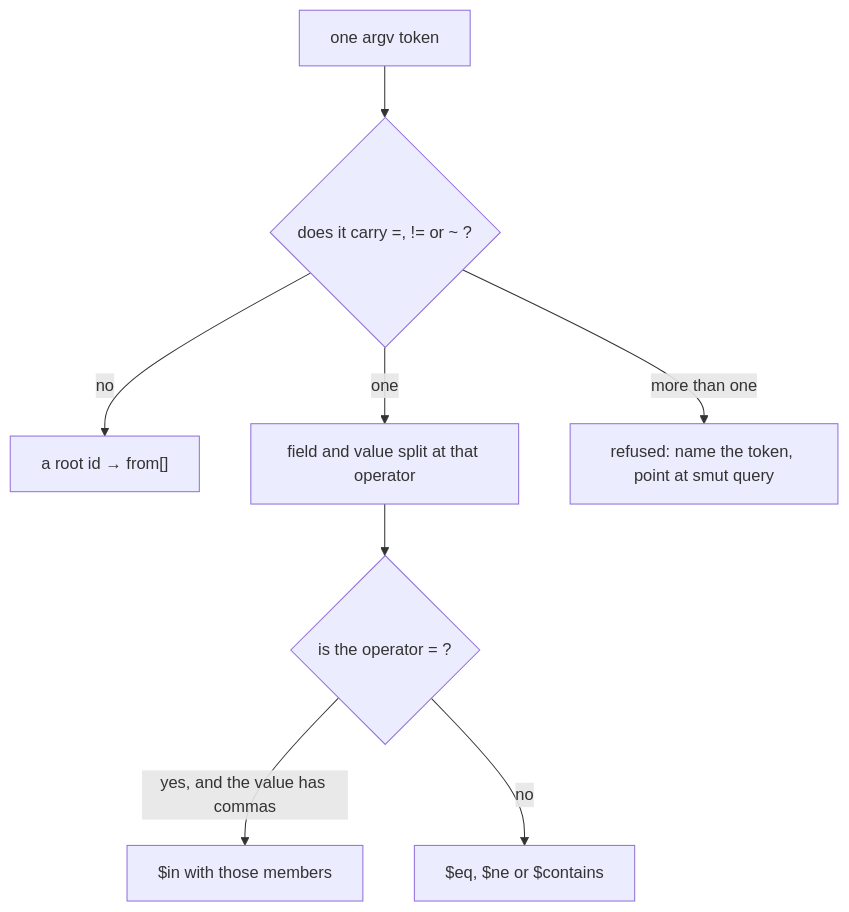
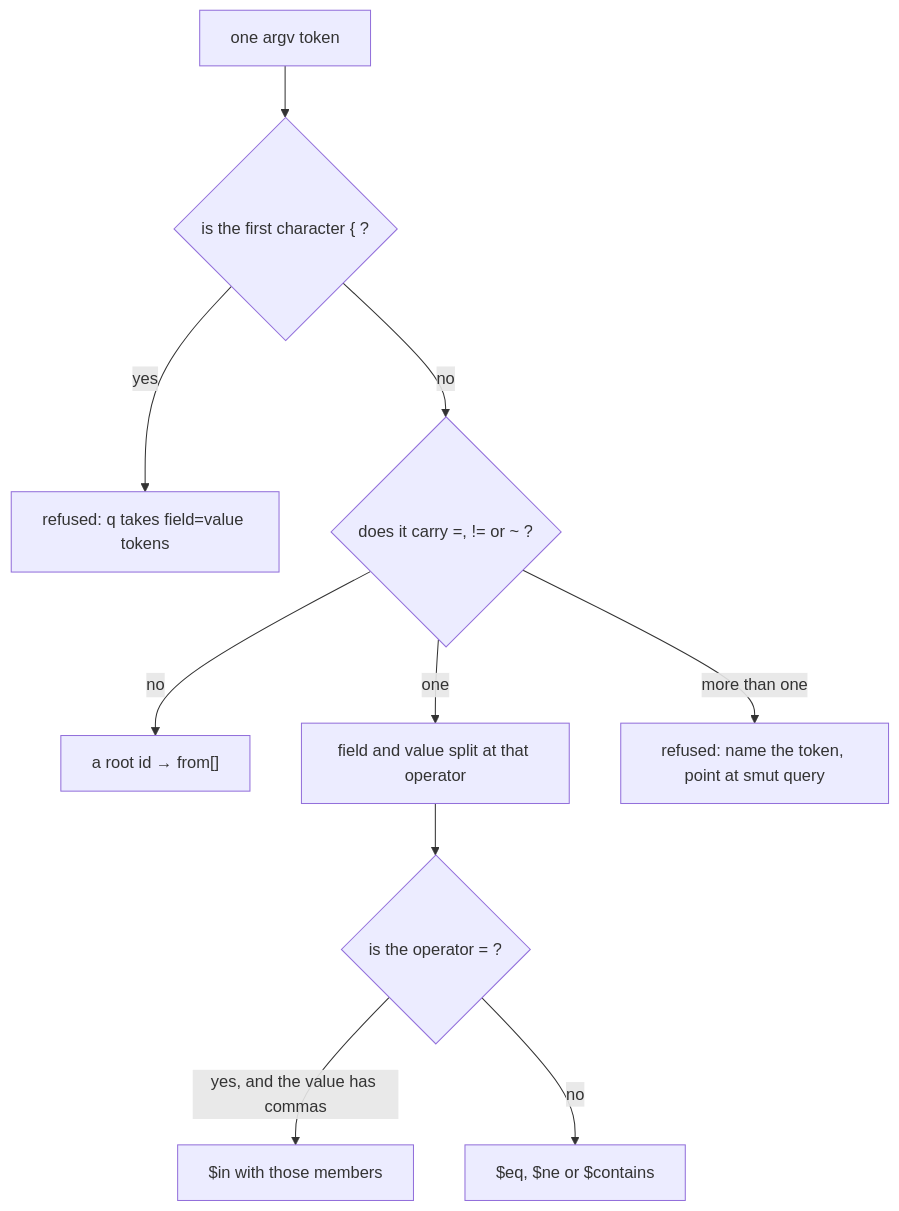
Before and after one commit to davidlee/smut: the first of 2 diagrams in .doctrine/slice/010/design.md, drawn with Mermaid. The commit also changed other lines of this file, not shown here.

````diff
--- a/.doctrine/slice/010/design.md
+++ b/.doctrine/slice/010/design.md
@@ -39,10 +40,12 @@
 ```mermaid
 flowchart TD
-    T["one argv token"] --> Q{"does it carry =, != or ~ ?"}
+    T["one argv token"] --> P{"is the first character { ?"}
+    P -- yes --> J["refused: q takes field=value tokens"]
+    P -- no --> Q{"does it carry =, != or ~ ?"}
     Q -- no --> R["a root id → from[]"]
     Q -- "one" --> C["field and value split at that operator"]
     Q -- "more than one" --> X["refused: name the token, point at smut query"]
     C --> K{"is the operator = ?"}
     K -- "yes, and the value has commas" --> I["$in with those members"]
     K -- no --> O["$eq, $ne or $contains"]
 ```
````
